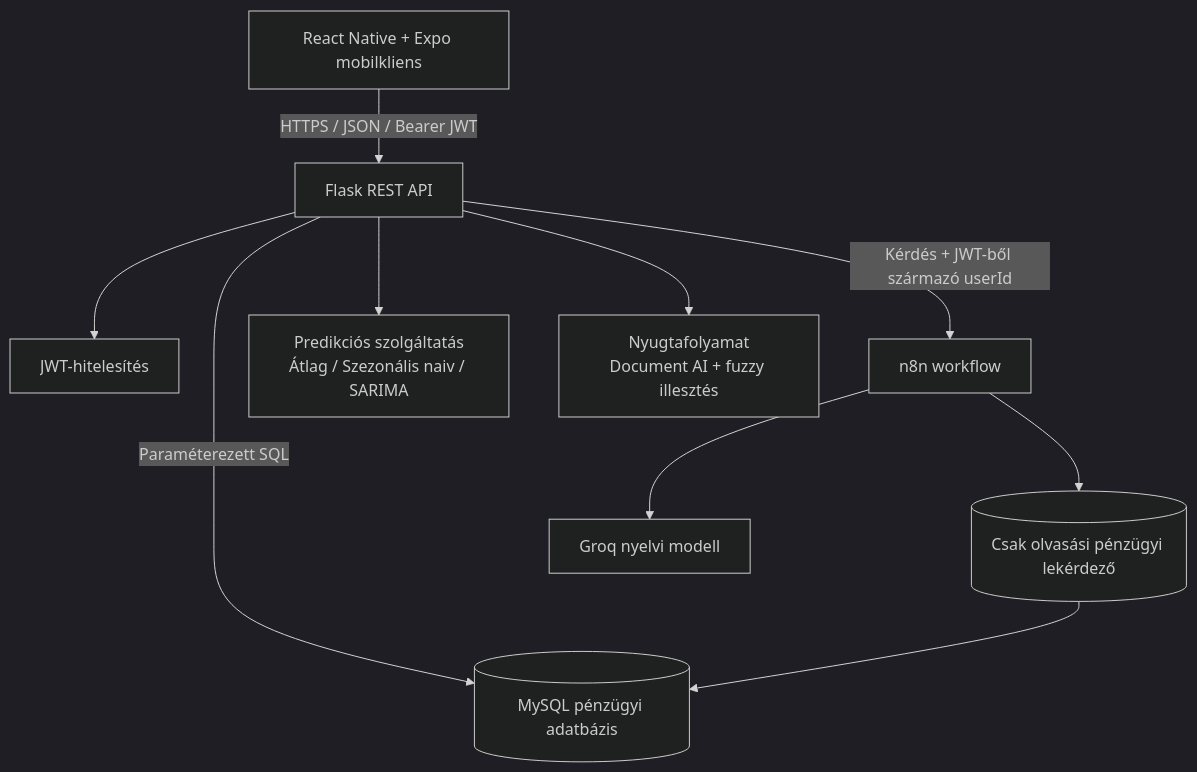
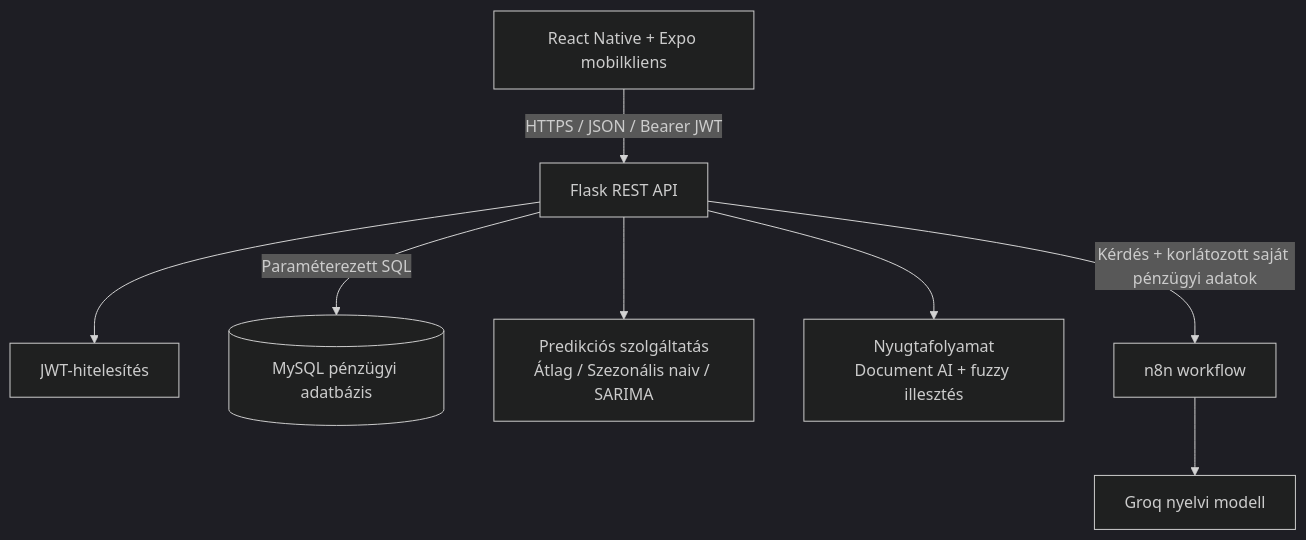
One commit to AntiBrs/myEnvelope changed the first of 3 diagrams in README.hu.md. Above: the diagram before and after it, drawn with Mermaid (dark theme). The commit also changed other lines of this file and 49 other files, not shown here.

````diff
--- a/README.hu.md
+++ b/README.hu.md
@@ -52,22 +52,19 @@
 ```mermaid
 flowchart TB
     Mobile[React Native + Expo mobilkliens]
     API[Flask REST API]
     Auth[JWT-hitelesítés]
     DB[(MySQL pénzügyi adatbázis)]
     Forecast[Predikciós szolgáltatás<br/>Átlag / Szezonális naiv / SARIMA]
     Receipt[Nyugtafolyamat<br/>Document AI + fuzzy illesztés]
     N8N[n8n workflow]
     LLM[Groq nyelvi modell]
-    ReadOnly[(Csak olvasási pénzügyi lekérdező)]
 
     Mobile -->|HTTPS / JSON / Bearer JWT| API
     API --> Auth
     API -->|Paraméterezett SQL| DB
     API --> Forecast
     API --> Receipt
-    API -->|Kérdés + JWT-ből származó userId| N8N
+    API -->|Kérdés + korlátozott saját pénzügyi adatok| N8N
     N8N --> LLM
-    N8N --> ReadOnly
-    ReadOnly --> DB
 ```
````
